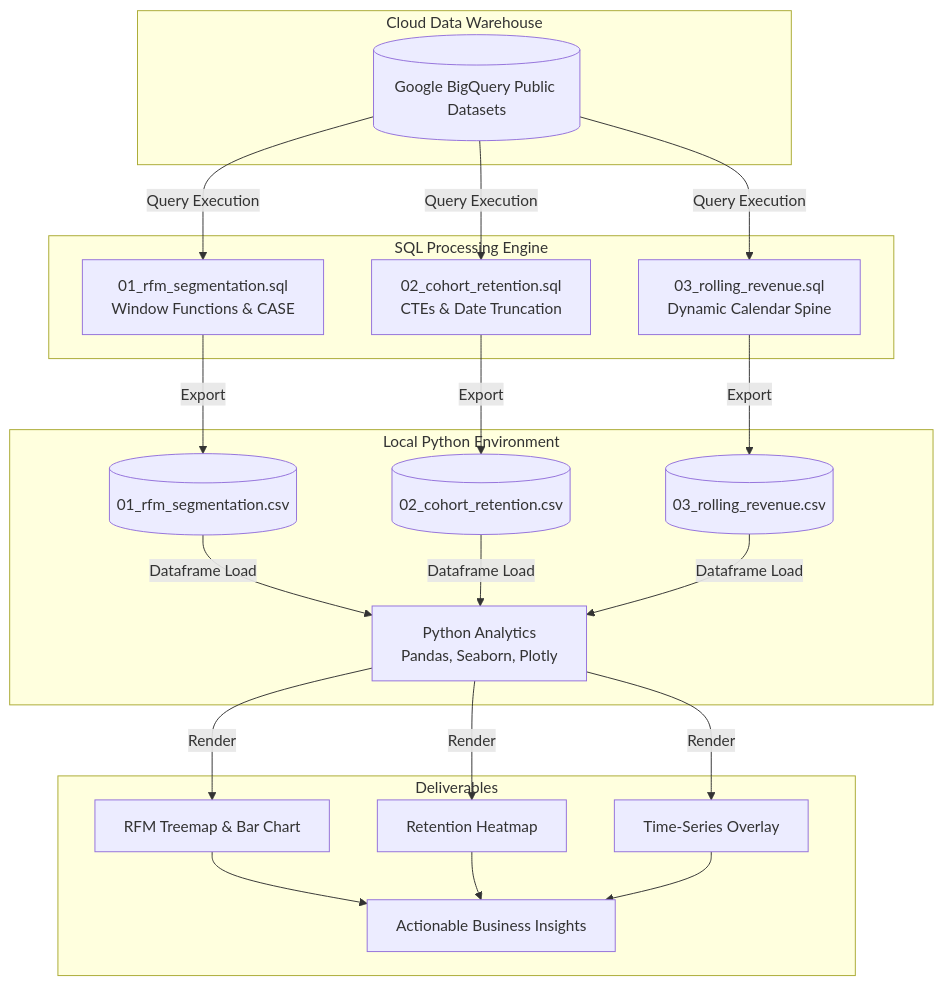
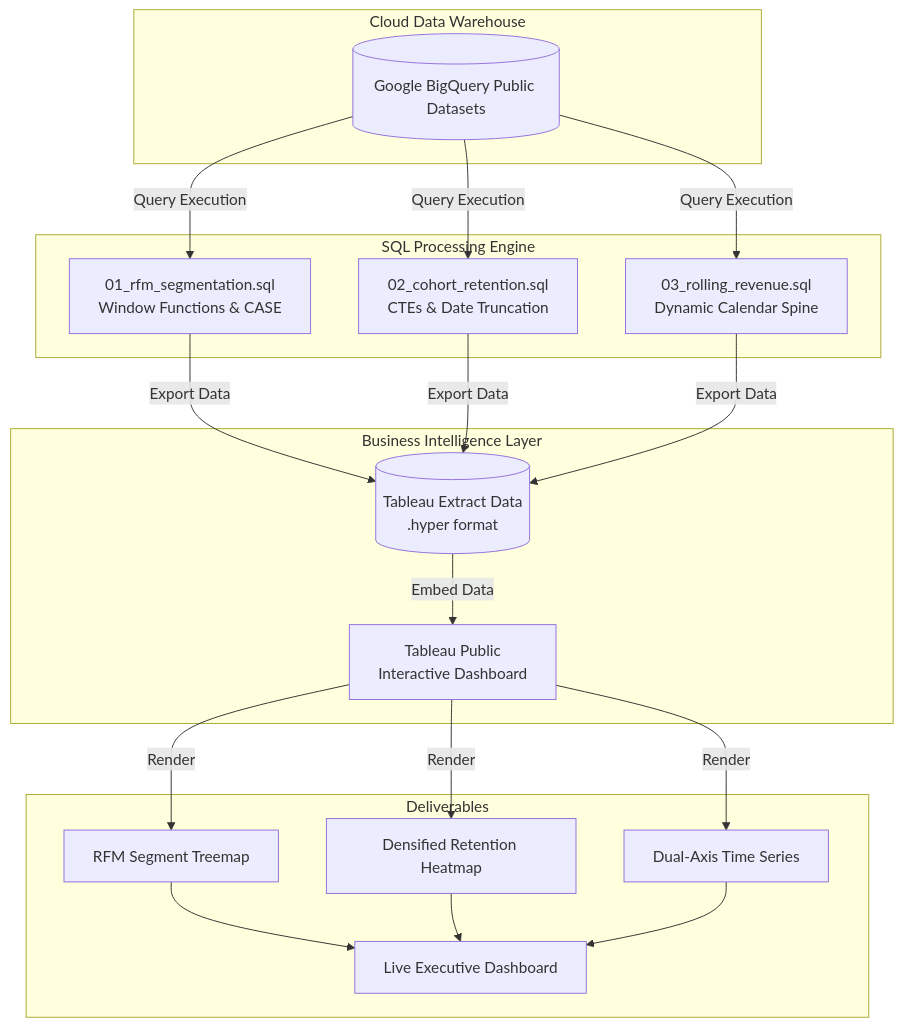
One commit to Ipanpanpan/ecommerce-lifecycle-analytics changed the diagram in README.md. Above: the diagram before and after it, drawn with Mermaid. The commit also changed other lines of this file, not shown here.

Commit message:
Revise README for project overview and deliverables
Updated project details and visualizations in README.

````diff
--- a/README.md
+++ b/README.md
@@ -13,46 +15,42 @@
 ```mermaid
 graph TD
     subgraph Cloud Data Warehouse
         BQ[(Google BigQuery Public Datasets)]
     end
 
     subgraph SQL Processing Engine
         SQL1[01_rfm_segmentation.sql<br/>Window Functions & CASE]
         SQL2[02_cohort_retention.sql<br/>CTEs & Date Truncation]
         SQL3[03_rolling_revenue.sql<br/>Dynamic Calendar Spine]
     end
 
-    subgraph Local Python Environment
-        CSV1[(01_rfm_segmentation.csv)]
-        CSV2[(02_cohort_retention.csv)]
-        CSV3[(03_rolling_revenue.csv)]
-        PY[Python Analytics<br/>Pandas, Seaborn, Plotly]
+    subgraph Business Intelligence Layer
+        EXTRACT[(Tableau Extract Data<br/>.hyper format)]
+        TAB[Tableau Public<br/>Interactive Dashboard]
     end
 
     subgraph Deliverables
-        VIZ1[RFM Treemap & Bar Chart]
-        VIZ2[Retention Heatmap]
-        VIZ3[Time-Series Overlay]
-        INSIGHTS[Actionable Business Insights]
+        VIZ1[RFM Segment Treemap]
+        VIZ2[Densified Retention Heatmap]
+        VIZ3[Dual-Axis Time Series]
+        PORTFOLIO[Live Executive Dashboard]
     end
 
     BQ -->|Query Execution| SQL1
     BQ -->|Query Execution| SQL2
     BQ -->|Query Execution| SQL3
 
-    SQL1 -->|Export| CSV1
-    SQL2 -->|Export| CSV2
-    SQL3 -->|Export| CSV3
+    SQL1 -->|Export Data| EXTRACT
+    SQL2 -->|Export Data| EXTRACT
+    SQL3 -->|Export Data| EXTRACT
 
-    CSV1 -->|Dataframe Load| PY
-    CSV2 -->|Dataframe Load| PY
-    CSV3 -->|Dataframe Load| PY
+    EXTRACT -->|Embed Data| TAB
 
-    PY -->|Render| VIZ1
-    PY -->|Render| VIZ2
-    PY -->|Render| VIZ3
+    TAB -->|Render| VIZ1
+    TAB -->|Render| VIZ2
+    TAB -->|Render| VIZ3
 
-    VIZ1 --> INSIGHTS
-    VIZ2 --> INSIGHTS
-    VIZ3 --> INSIGHTS
+    VIZ1 --> PORTFOLIO
+    VIZ2 --> PORTFOLIO
+    VIZ3 --> PORTFOLIO
 ```
````
